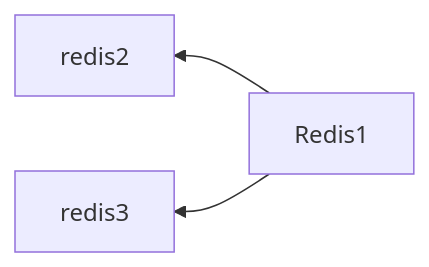
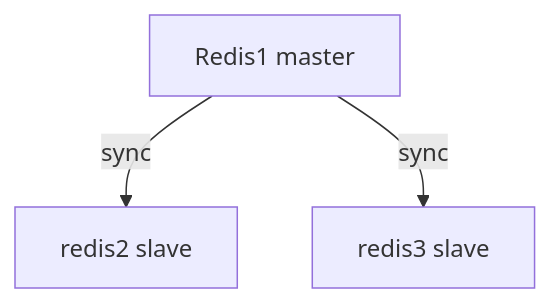
One commit to vincent119/ansible-work changed the first of 2 diagrams in roles/Redis/README.MD. Above: the diagram before and after it, drawn with Mermaid. The commit also changed other lines of this file and 2 other files, not shown here.

Commit message:
add redis

````diff
--- a/roles/Redis/README.MD
+++ b/roles/Redis/README.MD
@@ -4,5 +20,5 @@
 ```mermaid
-graph RL
-A[redis1] --> B[ redis2 ]
-A[Redis1] --> C[redis3]
+graph TD
+A[redis1 master] -->|sync| B[ redis2 slave]
+A[Redis1 master] -->|sync| C[redis3 slave]
 ```
````
